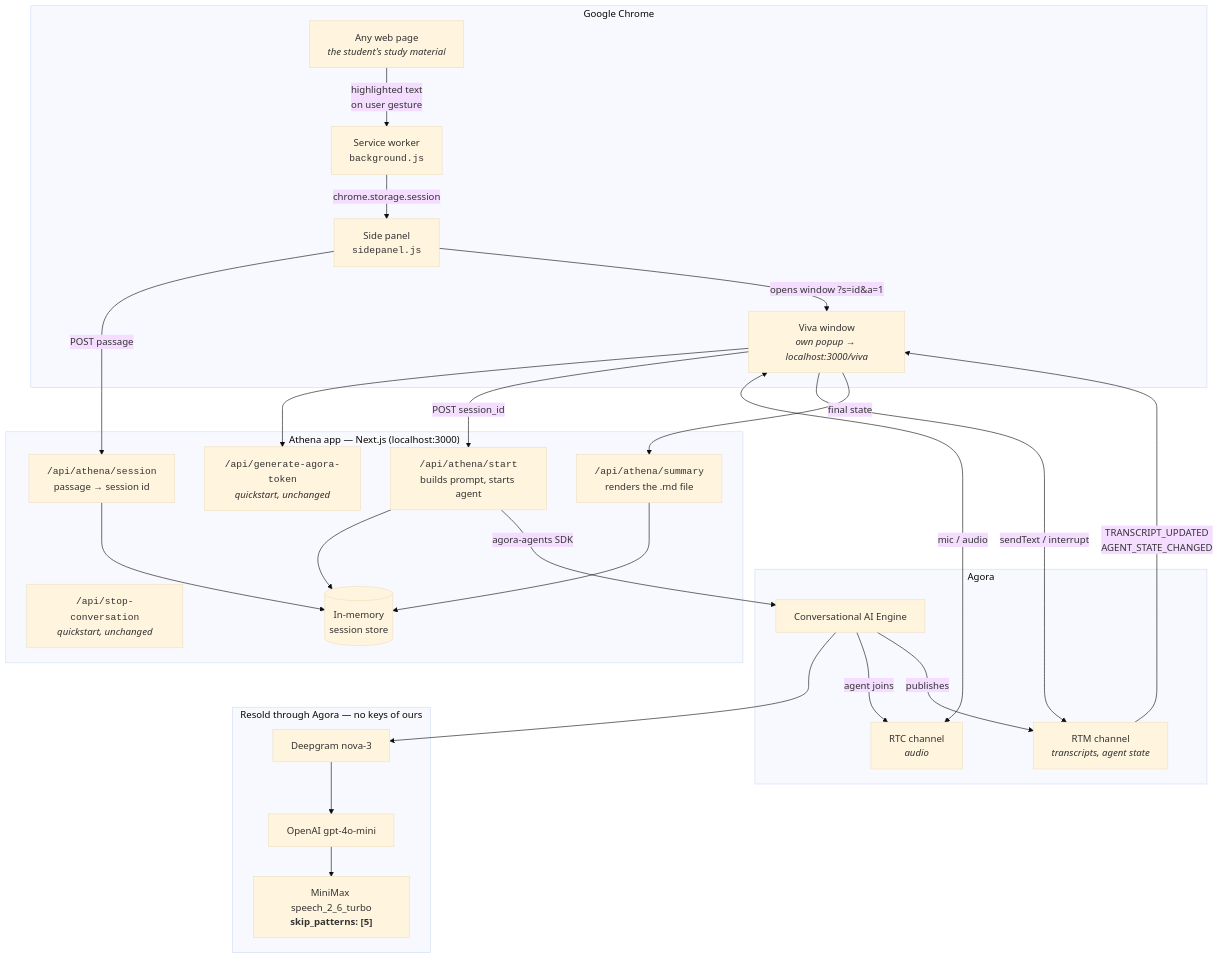
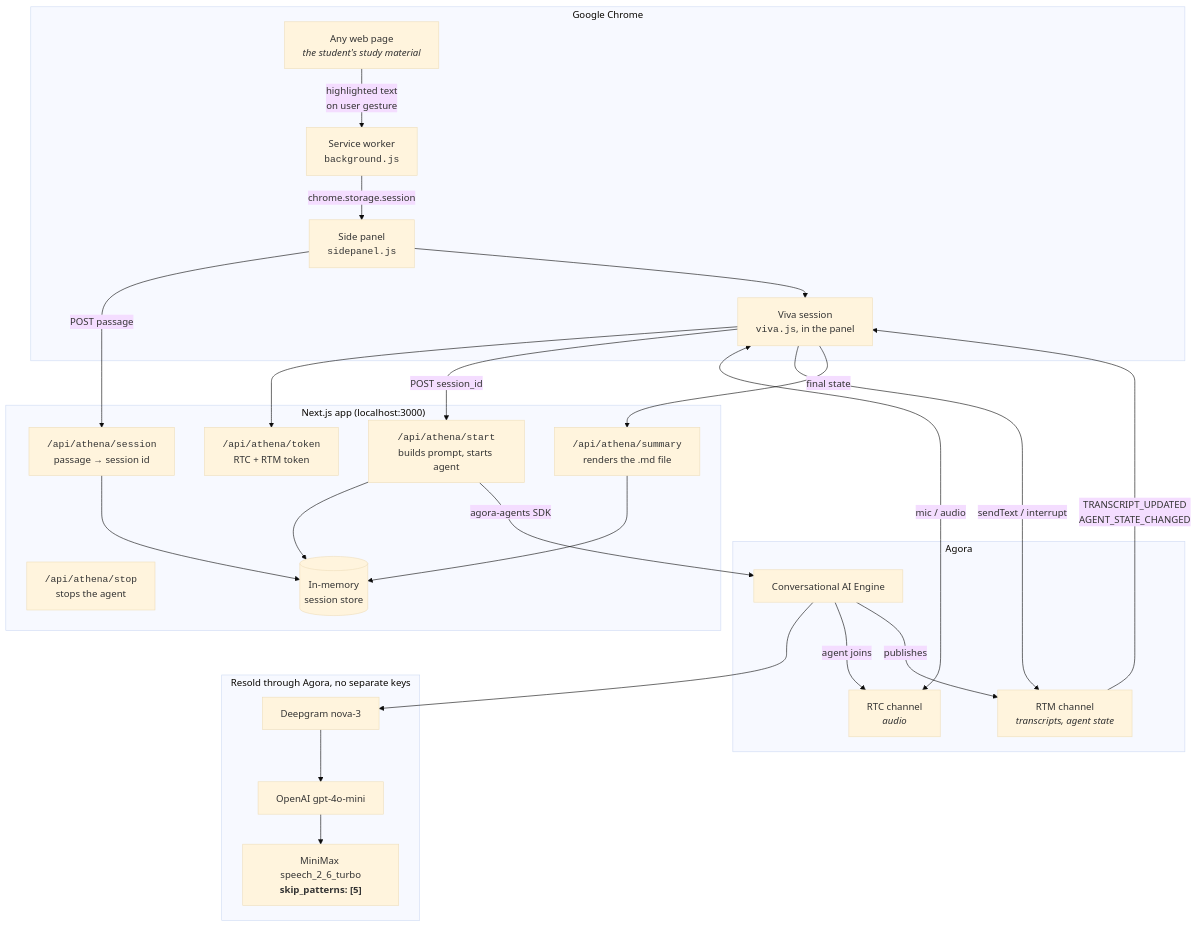
The first of 3 diagrams in docs/architecture.md (agsyna/Athena), drawn with Mermaid (base theme) before and after one commit. The commit also changed other lines of this file and 38 other files, not shown here.

````diff
--- a/docs/architecture.md
+++ b/docs/architecture.md
@@ -5,51 +5,51 @@
 ```mermaid
 flowchart TB
     subgraph browser["Google Chrome"]
         page["Any web page<br/><i>the student's study material</i>"]
         sw["Service worker<br/><code>background.js</code>"]
         panel["Side panel<br/><code>sidepanel.js</code>"]
-        vivawin["Viva window<br/><i>own popup → localhost:3000/viva</i>"]
+        viva["Viva session<br/><code>viva.js</code>, in the panel"]
     end
 
-    subgraph app["Athena app — Next.js (localhost:3000)"]
+    subgraph app["Next.js app (localhost:3000)"]
         session["<code>/api/athena/session</code><br/>passage → session id"]
         start["<code>/api/athena/start</code><br/>builds prompt, starts agent"]
-        token["<code>/api/generate-agora-token</code><br/><i>quickstart, unchanged</i>"]
-        stop["<code>/api/stop-conversation</code><br/><i>quickstart, unchanged</i>"]
+        token["<code>/api/athena/token</code><br/>RTC + RTM token"]
+        stop["<code>/api/athena/stop</code><br/>stops the agent"]
         summary["<code>/api/athena/summary</code><br/>renders the .md file"]
         store[("In-memory<br/>session store")]
     end
 
     subgraph agora["Agora"]
         engine["Conversational AI Engine"]
         rtc["RTC channel<br/><i>audio</i>"]
         rtm["RTM channel<br/><i>transcripts, agent state</i>"]
     end
 
-    subgraph vendors["Resold through Agora — no keys of ours"]
+    subgraph vendors["Resold through Agora, no separate keys"]
         stt["Deepgram nova-3"]
         llm["OpenAI gpt-4o-mini"]
         tts["MiniMax speech_2_6_turbo<br/><b>skip_patterns: [5]</b>"]
     end
 
     page -->|"highlighted text<br/>on user gesture"| sw
     sw -->|"chrome.storage.session"| panel
     panel -->|"POST passage"| session
     session --> store
-    panel -->|"opens window ?s=id&a=1"| vivawin
+    panel --> viva
 
-    vivawin --> token
-    vivawin -->|"POST session_id"| start
+    viva --> token
+    viva -->|"POST session_id"| start
     start --> store
     start -->|"agora-agents SDK"| engine
     engine --> stt --> llm --> tts
     engine -->|"agent joins"| rtc
     engine -->|"publishes"| rtm
 
-    vivawin <-->|"mic / audio"| rtc
-    rtm -->|"TRANSCRIPT_UPDATED<br/>AGENT_STATE_CHANGED"| vivawin
-    vivawin -->|"sendText / interrupt"| rtm
+    viva <-->|"mic / audio"| rtc
+    rtm -->|"TRANSCRIPT_UPDATED<br/>AGENT_STATE_CHANGED"| viva
+    viva -->|"sendText / interrupt"| rtm
 
-    vivawin -->|"final state"| summary
+    viva -->|"final state"| summary
     summary --> store
 ```
````
